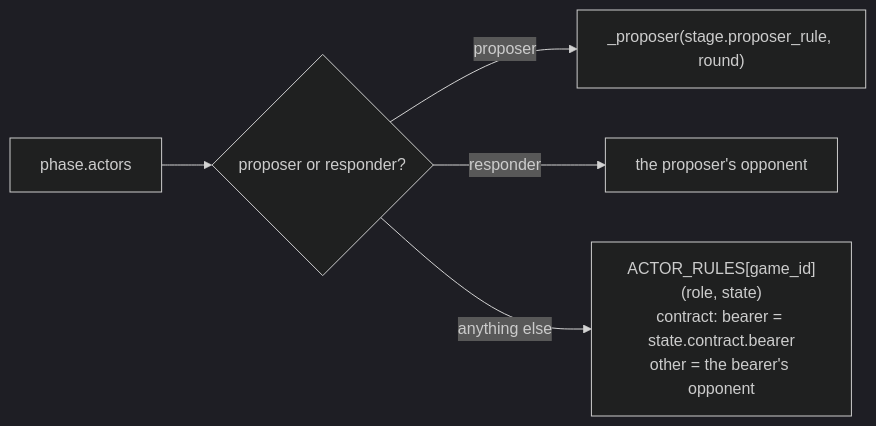
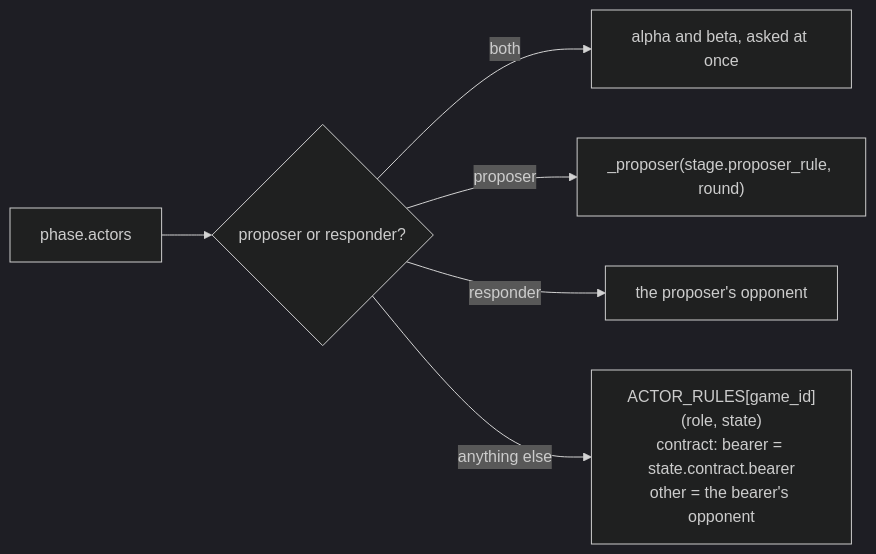
One commit to CarlosGIbanez/SPAR-Harness-Strategic-Interaction-Agents changed the sixth of 14 diagrams in docs/architecture.md. Above: the diagram before and after it, drawn with Mermaid (dark theme). The commit also changed other lines of this file and 3 other files, not shown here.

````diff
--- a/docs/architecture.md
+++ b/docs/architecture.md
@@ -294,7 +294,8 @@
 ```mermaid
 flowchart LR
     phase["phase.actors"] --> pr{"proposer or responder?"}
+    pr -- "both" --> p0["alpha and beta, asked at once"]
     pr -- "proposer" --> p1["_proposer(stage.proposer_rule, round)"]
     pr -- "responder" --> p2["the proposer's opponent"]
     pr -- "anything else" --> p3["ACTOR_RULES[game_id](role, state)<br/>contract: bearer = state.contract.bearer<br/>other = the bearer's opponent"]
 ```
````
